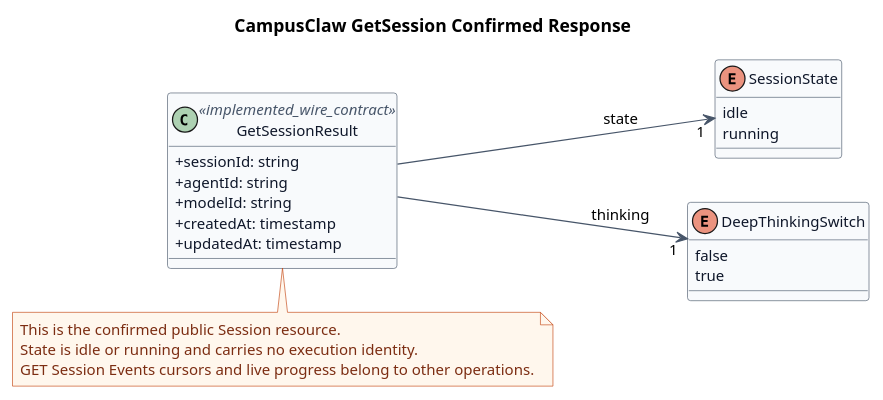
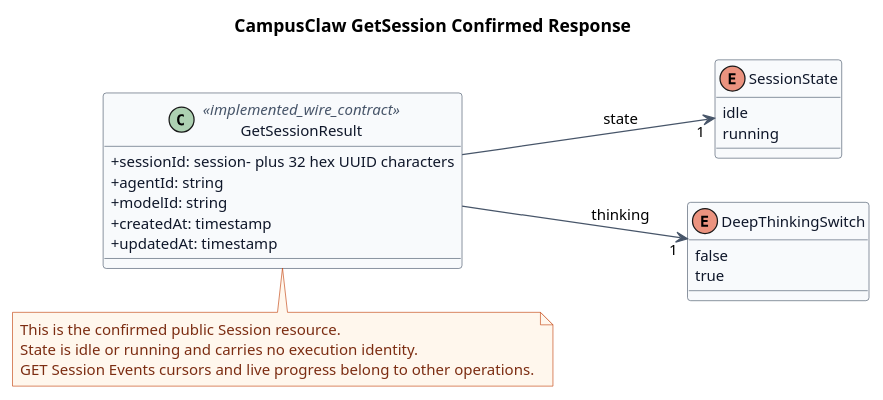
One commit to ssm0808/pi-mono-java-design changed the second of 3 diagrams in pi-mono-java-manager-driven-multi-agent-runtime/diagrams/session-lifecycle/diagram.puml. Above: the diagram before and after it, drawn with PlantUML. The commit also changed other lines of this file and 33 other files, not shown here.

```diff
--- a/pi-mono-java-manager-driven-multi-agent-runtime/diagrams/session-lifecycle/diagram.puml
+++ b/pi-mono-java-manager-driven-multi-agent-runtime/diagrams/session-lifecycle/diagram.puml
@@ -82,70 +88,70 @@
 @startuml http_get_session_response
 title CampusClaw GetSession Confirmed Response
 
 ' Source evidence (pi-mono 086c32e74530564922d011ade23ff582c9d63116):
 ' packages/protocol/src/schemas.ts, ThinkingLevelSchema, lines 26-35
 ' packages/protocol/src/schemas.ts, SessionPhaseSchema, lines 38-45
 ' packages/protocol/src/schemas.ts, SessionSnapshotSchema, lines 241-258
 ' Source evidence (anthropic-sdk-typescript 64a1e8e285bbcc4cef2b15ebcadccd8e5f6987ff):
 ' src/resources/beta/sessions/sessions.ts, Session, lines 638-710
 ' Source evidence (pi-mono-java 8691e8800f05f28afe22499050c29220ef5b7475):
 ' modules/coding-agent-cli/src/main/java/com/campusclaw/codingagent/runtimeapi/vo/GetSessionResponseVO.java.
 ' modules/coding-agent-cli/src/main/java/com/campusclaw/codingagent/runtimeapi/session/RuntimeSessionService.java, get.
 ' Observed behavior: pi exposes phase, reasoning effort, transcript, attached, and locked
 ' in its protocol snapshot.
 ' Observed behavior: Anthropic exposes a control-plane Session resource without transcript
 ' or an active Run recovery snapshot.
 ' Product constraint: CampusClaw exposes a boolean deep-thinking switch instead of effort levels.
 ' Architecture change: the confirmed response removes the former public active Run pointer.
 ' Design reason: Session state is the coarse control-plane signal; GET Session Events and the
 ' initiating POST stream own durable recovery and live execution detail.
 ' Observed behavior: these wire-contract fields exist in GetSessionResponseVO.
 
 left to right direction
 skinparam backgroundColor #FFFFFF
 skinparam shadowing false
 skinparam defaultFontName Arial
 skinparam defaultFontSize 12
 skinparam classAttributeIconSize 0
 skinparam class {
   BackgroundColor #F8FAFC
   BorderColor #475569
   ArrowColor #475569
   FontColor #0F172A
   AttributeFontColor #0F172A
   StereotypeFontColor #475569
 }
 skinparam note {
   BackgroundColor #FFF7ED
   BorderColor #C2410C
   FontColor #7C2D12
 }
 skinparam ArrowColor #475569
 
 class GetSessionResult <<implemented_wire_contract>> {
-  +sessionId: string
+  +sessionId: session- plus 32 hex UUID characters
   +agentId: string
   +modelId: string
   +createdAt: timestamp
   +updatedAt: timestamp
 }
 
 enum SessionState {
   idle
   running
 }
 
 enum DeepThinkingSwitch {
   false
   true
 }
 
 GetSessionResult --> "1" SessionState : state
 GetSessionResult --> "1" DeepThinkingSwitch : thinking
 
 note bottom of GetSessionResult
 This is the confirmed public Session resource.
 State is idle or running and carries no execution identity.
 GET Session Events cursors and live progress belong to other operations.
 end note
 @enduml
```
